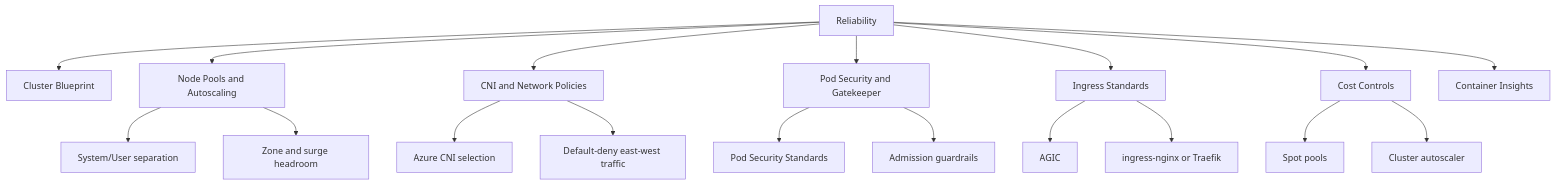
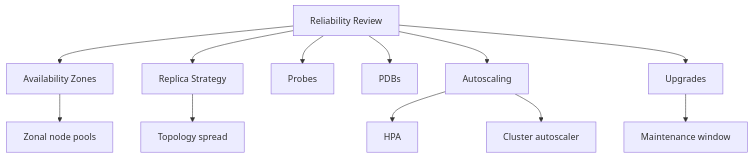
One commit to yeongseon/azure-kubernetes-service-practical-guide changed the diagram in docs/best-practices/reliability.md. Above: the diagram before and after it, drawn with Mermaid. The commit also changed other lines of this file and 8 other files, not shown here.

````diff
--- a/docs/best-practices/reliability.md
+++ b/docs/best-practices/reliability.md
@@ -32,20 +42,14 @@
 ```mermaid
 flowchart TD
-    A[Reliability] --> B[Cluster Blueprint]
-    A --> C[Node Pools and Autoscaling]
-    A --> D[CNI and Network Policies]
-    A --> E[Pod Security and Gatekeeper]
-    A --> F[Ingress Standards]
-    A --> G[Cost Controls]
-    A --> H[Container Insights]
-    C --> C1[System/User separation]
-    C --> C2[Zone and surge headroom]
-    D --> D1[Azure CNI selection]
-    D --> D2[Default-deny east-west traffic]
-    E --> E1[Pod Security Standards]
-    E --> E2[Admission guardrails]
-    F --> F1[AGIC]
-    F --> F2[ingress-nginx or Traefik]
-    G --> G1[Spot pools]
-    G --> G2[Cluster autoscaler]
+    A[Reliability Review] --> B[Availability Zones]
+    A --> C[Replica Strategy]
+    A --> D[Probes]
+    A --> E[PDBs]
+    A --> F[Autoscaling]
+    A --> G[Upgrades]
+    B --> B1[Zonal node pools]
+    C --> C1[Topology spread]
+    F --> F1[HPA]
+    F --> F2[Cluster autoscaler]
+    G --> G1[Maintenance window]
 ```
````
